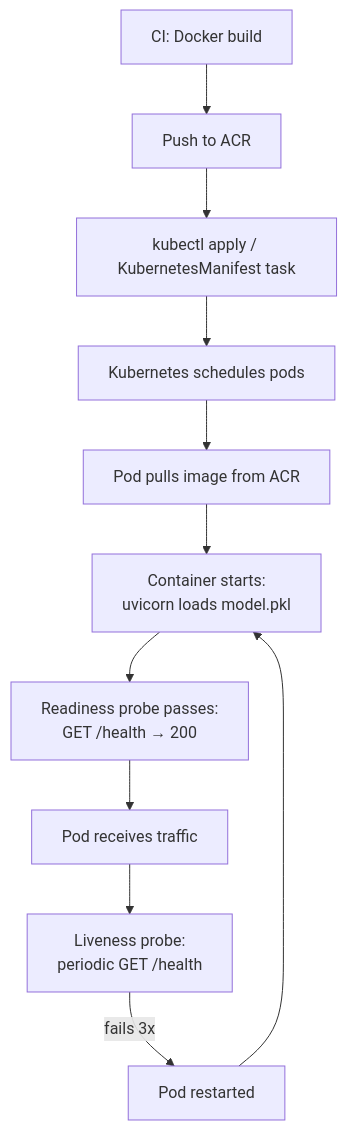
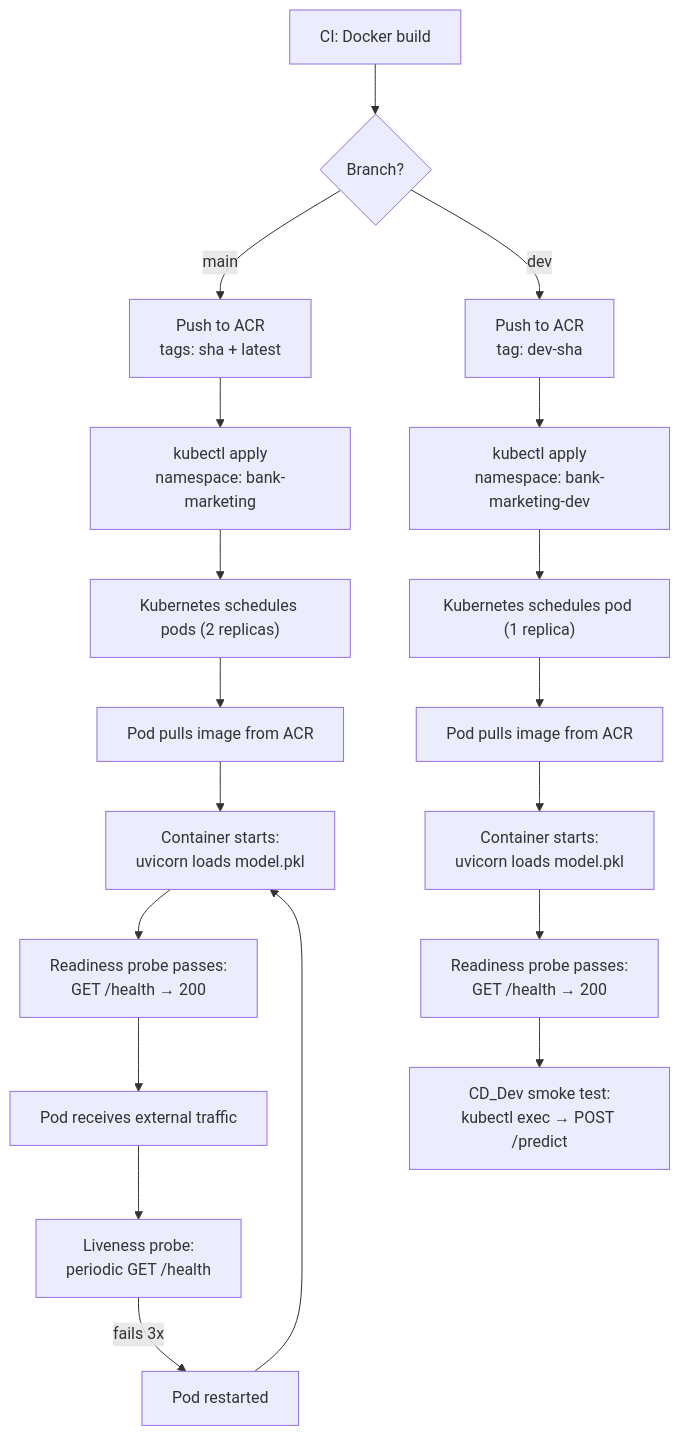
Before and after one commit to Annemarie-Bester/marketing-model-mlops-azure: the third of 3 diagrams in docs/deployment.md, drawn with Mermaid. The commit also changed other lines of this file and 6 other files, not shown here.

````diff
--- a/docs/deployment.md
+++ b/docs/deployment.md
@@ -158,13 +274,28 @@
 ```mermaid
 flowchart TD
-    BUILD["CI: Docker build"] --> PUSH["Push to ACR"]
-    PUSH --> DEPLOY["kubectl apply / KubernetesManifest task"]
-    DEPLOY --> SCHEDULE["Kubernetes schedules pods"]
-    SCHEDULE --> PULL["Pod pulls image from ACR"]
-    PULL --> START["Container starts:<br/>uvicorn loads model.pkl"]
-    START --> READY["Readiness probe passes:<br/>GET /health → 200"]
-    READY --> LIVE["Pod receives traffic"]
+    BUILD["CI: Docker build"] --> PUSH_Q{"Branch?"}
+    PUSH_Q -->|"main"| PUSH_PROD["Push to ACR<br/>tags: sha + latest"]
+    PUSH_Q -->|"dev"| PUSH_DEV["Push to ACR<br/>tag: dev-sha"]
+
+    PUSH_PROD --> DEPLOY_PROD["kubectl apply<br/>namespace: bank-marketing"]
+    PUSH_DEV --> DEPLOY_DEV["kubectl apply<br/>namespace: bank-marketing-dev"]
+
+    DEPLOY_PROD --> SCHEDULE_PROD["Kubernetes schedules pods (2 replicas)"]
+    DEPLOY_DEV --> SCHEDULE_DEV["Kubernetes schedules pod (1 replica)"]
+
+    SCHEDULE_PROD --> PULL_PROD["Pod pulls image from ACR"]
+    SCHEDULE_DEV --> PULL_DEV["Pod pulls image from ACR"]
+
+    PULL_PROD --> START_PROD["Container starts:<br/>uvicorn loads model.pkl"]
+    PULL_DEV --> START_DEV["Container starts:<br/>uvicorn loads model.pkl"]
+
+    START_PROD --> READY_PROD["Readiness probe passes:<br/>GET /health → 200"]
+    START_DEV --> READY_DEV["Readiness probe passes:<br/>GET /health → 200"]
+
+    READY_PROD --> LIVE["Pod receives external traffic"]
+    READY_DEV --> SMOKE["CD_Dev smoke test:<br/>kubectl exec → POST /predict"]
+
     LIVE --> LIVENESS["Liveness probe:<br/>periodic GET /health"]
     LIVENESS -->|"fails 3x"| RESTART["Pod restarted"]
-    RESTART --> START
+    RESTART --> START_PROD
 ```
````
